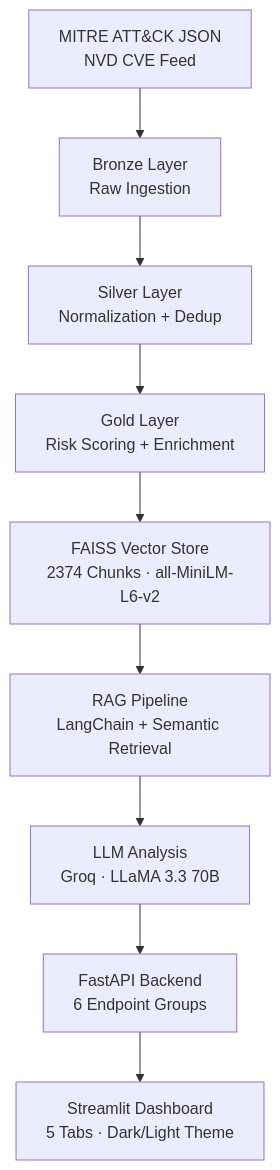
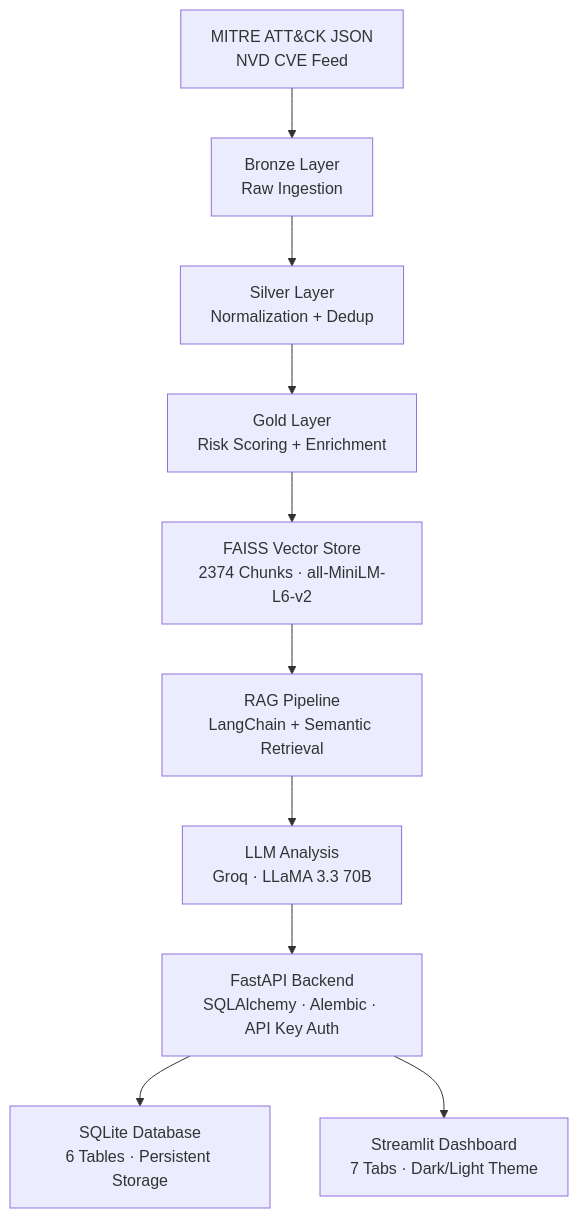
The diagram in README.md (durgasri-dotcom/cybermind), drawn with Mermaid before and after one commit. The commit also changed other lines of this file, not shown here.

Commit message:
docs: update README with SQLite persistence, CVE ingestion, API auth, observability, and 90 tests

````diff
--- a/README.md
+++ b/README.md
@@ -23,11 +23,12 @@
 ```mermaid
 flowchart TD
     A[MITRE ATT&CK JSON\nNVD CVE Feed] --> B[Bronze Layer\nRaw Ingestion]
     B --> C[Silver Layer\nNormalization + Dedup]
     C --> D[Gold Layer\nRisk Scoring + Enrichment]
     D --> E[FAISS Vector Store\n2374 Chunks · all-MiniLM-L6-v2]
     E --> F[RAG Pipeline\nLangChain + Semantic Retrieval]
     F --> G[LLM Analysis\nGroq · LLaMA 3.3 70B]
-    G --> H[FastAPI Backend\n6 Endpoint Groups]
-    H --> I[Streamlit Dashboard\n5 Tabs · Dark/Light Theme]
+    G --> H[FastAPI Backend\nSQLAlchemy · Alembic · API Key Auth]
+    H --> I[SQLite Database\n6 Tables · Persistent Storage]
+    H --> J[Streamlit Dashboard\n7 Tabs · Dark/Light Theme]
 ```
````
